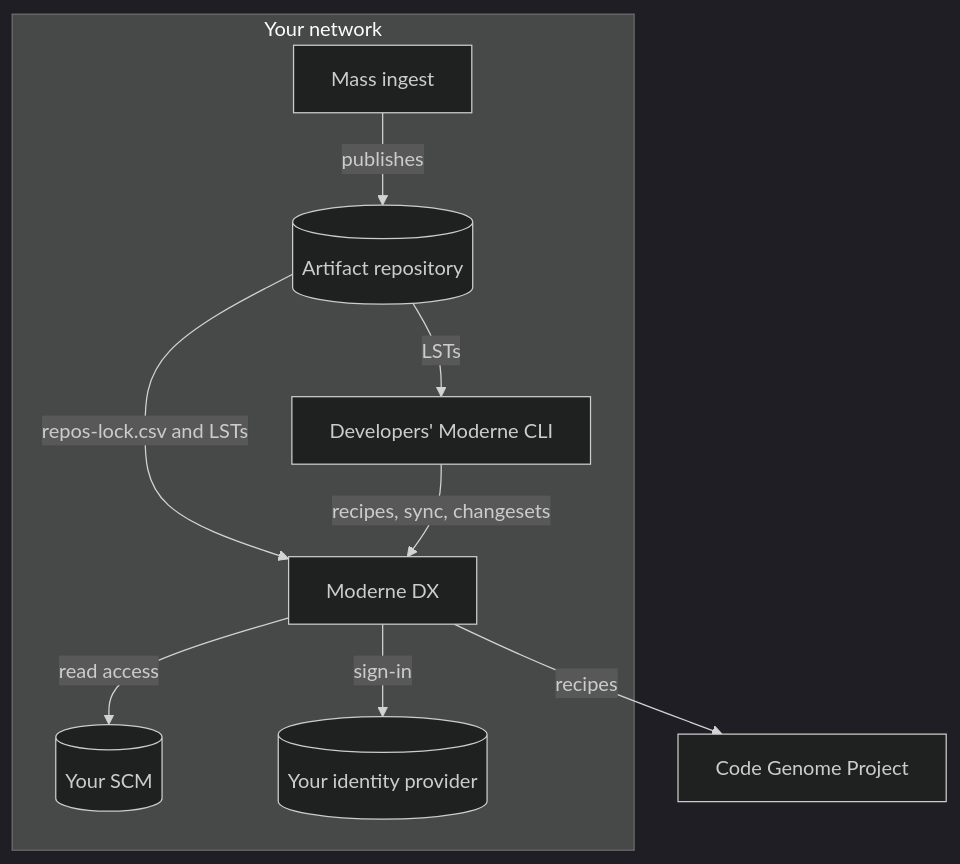
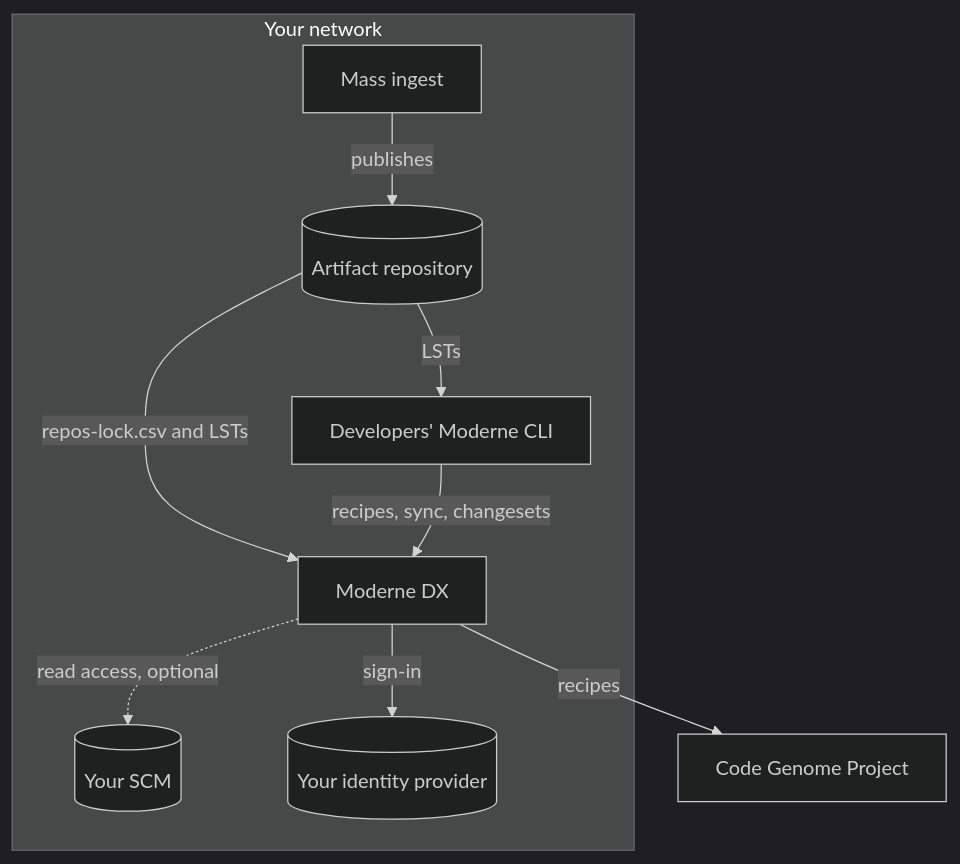
One commit to moderneinc/moderne-docs changed the diagram in docs/administrator-documentation/moderne-dx/getting-started/overview.md. Above: the diagram before and after it, drawn with Mermaid (dark theme). The commit also changed other lines of this file and 6 other files, not shown here.

First line of the commit message:
Move SCM OAuth apps to a page on user-level repository access control

````diff
--- a/docs/administrator-documentation/moderne-dx/getting-started/overview.md
+++ b/docs/administrator-documentation/moderne-dx/getting-started/overview.md
@@ -21,12 +21,12 @@
 ```mermaid
 flowchart TB
     subgraph network["Your network"]
         ingest["Mass ingest"] -->|publishes| artifacts[("Artifact repository")]
         artifacts -->|repos-lock.csv and LSTs| dx["Moderne DX"]
         artifacts -->|LSTs| cli["Developers' Moderne CLI"]
         cli -->|recipes, sync, changesets| dx
-        dx -->|read access| scm[("Your SCM")]
+        dx -.->|read access, optional| scm[("Your SCM")]
         dx -->|sign-in| idp[("Your identity provider")]
     end
     dx -->|recipes| cgp["Code Genome Project"]
 ```
````
